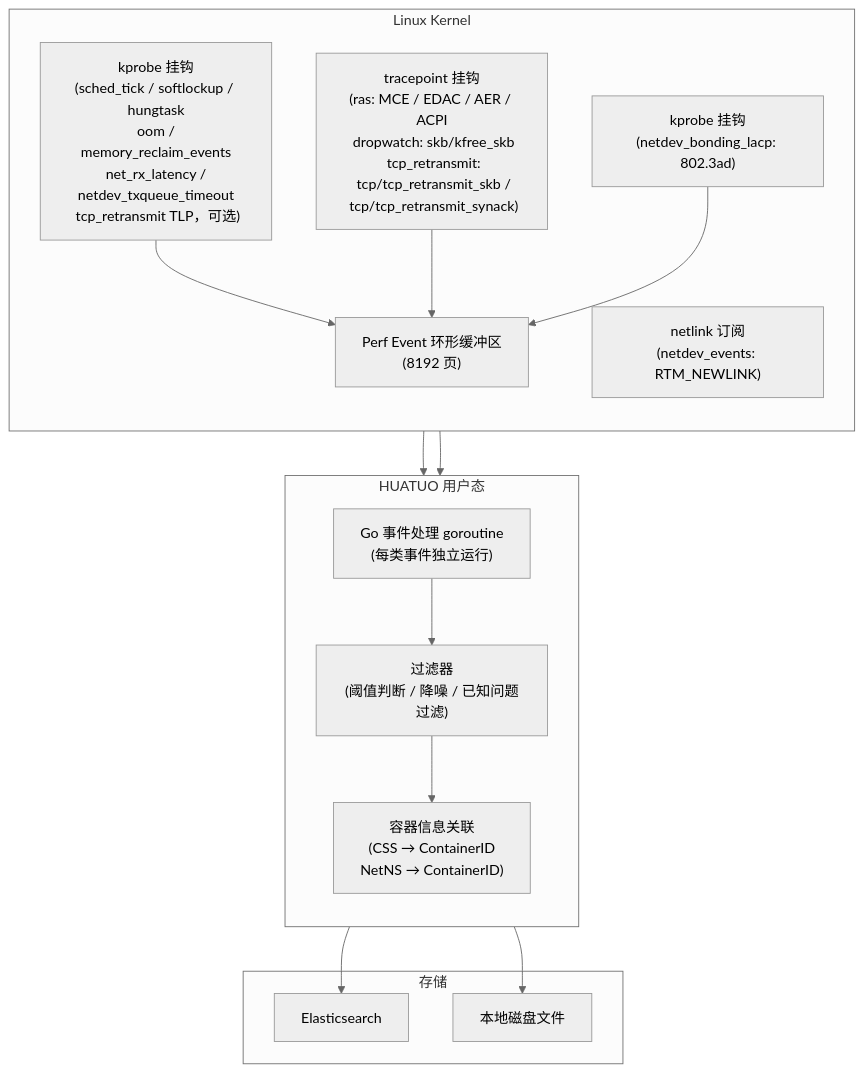
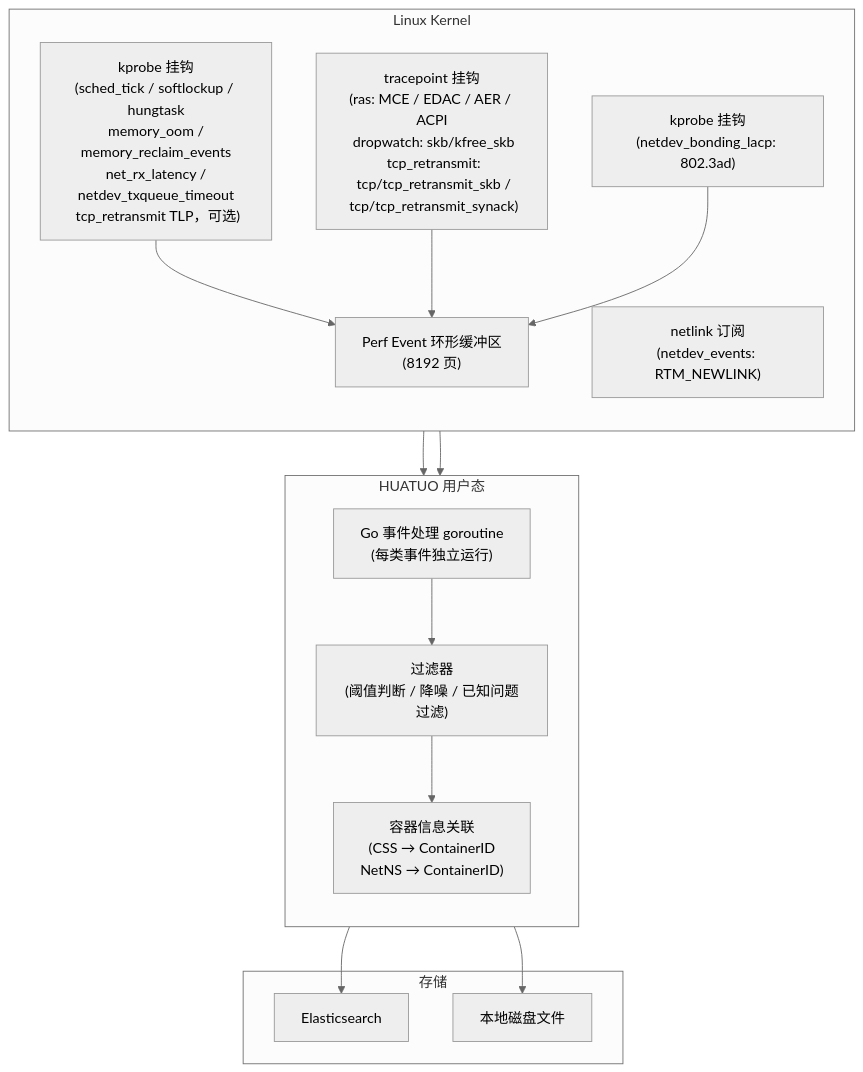
The first of 2 diagrams in docs/key-feature/instant-observability_zh.md (ccfos/huatuo), drawn with Mermaid (neutral theme) before and after one commit. The commit also changed other lines of this file and 14 other files, not shown here.

First line of the commit message:
refactor(events): name OOM tracing by memory domain

````diff
--- a/docs/key-feature/instant-observability_zh.md
+++ b/docs/key-feature/instant-observability_zh.md
@@ -522,33 +524,33 @@
 ```mermaid
 graph TB
     subgraph "Linux Kernel"
         direction TB
-        K1["kprobe 挂钩\n(sched_tick / softlockup / hungtask\n oom / memory_reclaim_events\n net_rx_latency / netdev_txqueue_timeout\n tcp_retransmit TLP，可选)"]
+        K1["kprobe 挂钩\n(sched_tick / softlockup / hungtask\n memory_oom / memory_reclaim_events\n net_rx_latency / netdev_txqueue_timeout\n tcp_retransmit TLP，可选)"]
         K2["tracepoint 挂钩\n(ras: MCE / EDAC / AER / ACPI\n dropwatch: skb/kfree_skb\n tcp_retransmit:\n tcp/tcp_retransmit_skb /\n tcp/tcp_retransmit_synack)"]
         K3["netlink 订阅\n(netdev_events: RTM_NEWLINK)"]
         K4["kprobe 挂钩\n(netdev_bonding_lacp: 802.3ad)"]
         PEB["Perf Event 环形缓冲区\n(8192 页)"]
     end
 
     subgraph "HUATUO 用户态"
         direction TB
         EH["Go 事件处理 goroutine\n(每类事件独立运行)"]
         CF["过滤器\n(阈值判断 / 降噪 / 已知问题过滤)"]
         CM["容器信息关联\n(CSS → ContainerID\n NetNS → ContainerID)"]
     end
 
     subgraph "存储"
         ES["Elasticsearch"]
         DISK["本地磁盘文件"]
     end
 
     K1 --> PEB
     K2 --> PEB
     K4 --> PEB
     PEB --> EH
     K3 --> EH
     EH --> CF
     CF --> CM
     CM --> ES
     CM --> DISK
 ```
````
